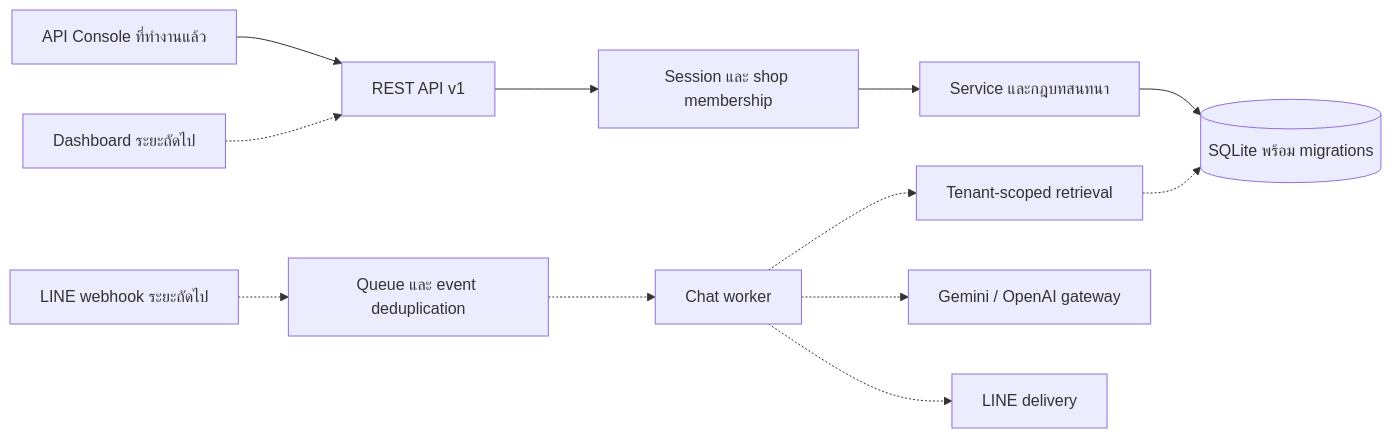
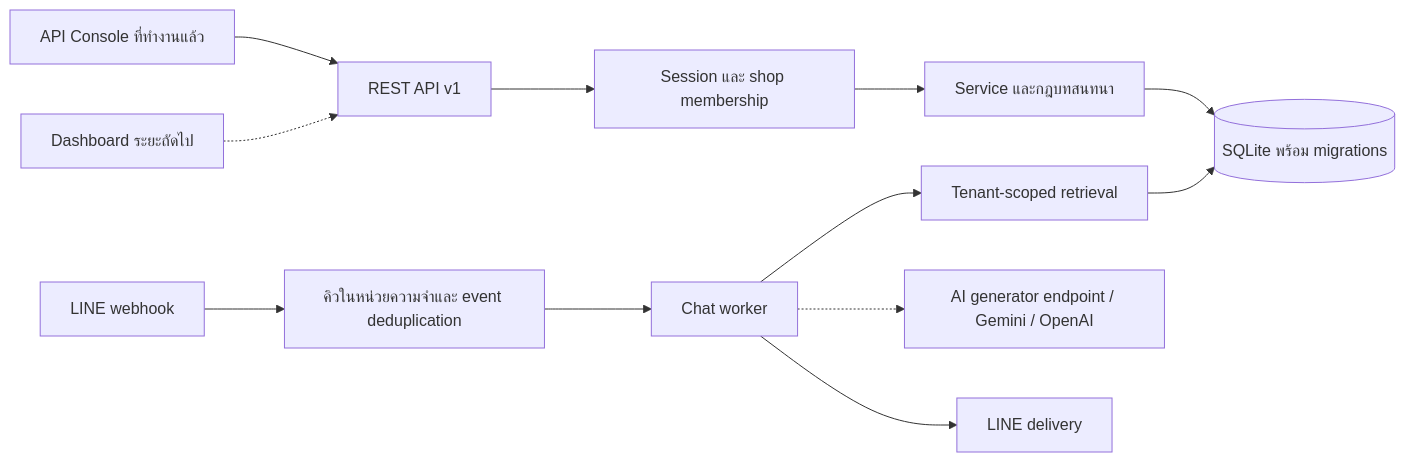
The diagram in docs/architecture.md (Pangkeek/Ai_Chatbot_SMBS2), drawn with Mermaid before and after one commit. The commit also changed other lines of this file and 18 other files, not shown here.

First line of the commit message:
feat(rag): เพิ่มการค้นความรู้แยกร้านสำหรับ LINE worker

````diff
--- a/docs/architecture.md
+++ b/docs/architecture.md
@@ -7,14 +7,14 @@
 ```mermaid
 flowchart LR
     Console[API Console ที่ทำงานแล้ว] --> API[REST API v1]
     Dashboard[Dashboard ระยะถัดไป] -.-> API
     API --> Auth[Session และ shop membership]
     Auth --> Service[Service และกฎบทสนทนา]
     Service --> DB[(SQLite พร้อม migrations)]
-    LINE[LINE webhook ระยะถัดไป] -.-> Queue[Queue และ event deduplication]
-    Queue -.-> Worker[Chat worker]
-    Worker -.-> KB[Tenant-scoped retrieval]
-    KB -.-> DB
-    Worker -.-> Gateway[Gemini / OpenAI gateway]
-    Worker -.-> Delivery[LINE delivery]
+    LINE[LINE webhook] --> Queue[คิวในหน่วยความจำและ event deduplication]
+    Queue --> Worker[Chat worker]
+    Worker --> KB[Tenant-scoped retrieval]
+    KB --> DB
+    Worker -.-> Gateway[AI generator endpoint / Gemini / OpenAI]
+    Worker --> Delivery[LINE delivery]
 ```
````
